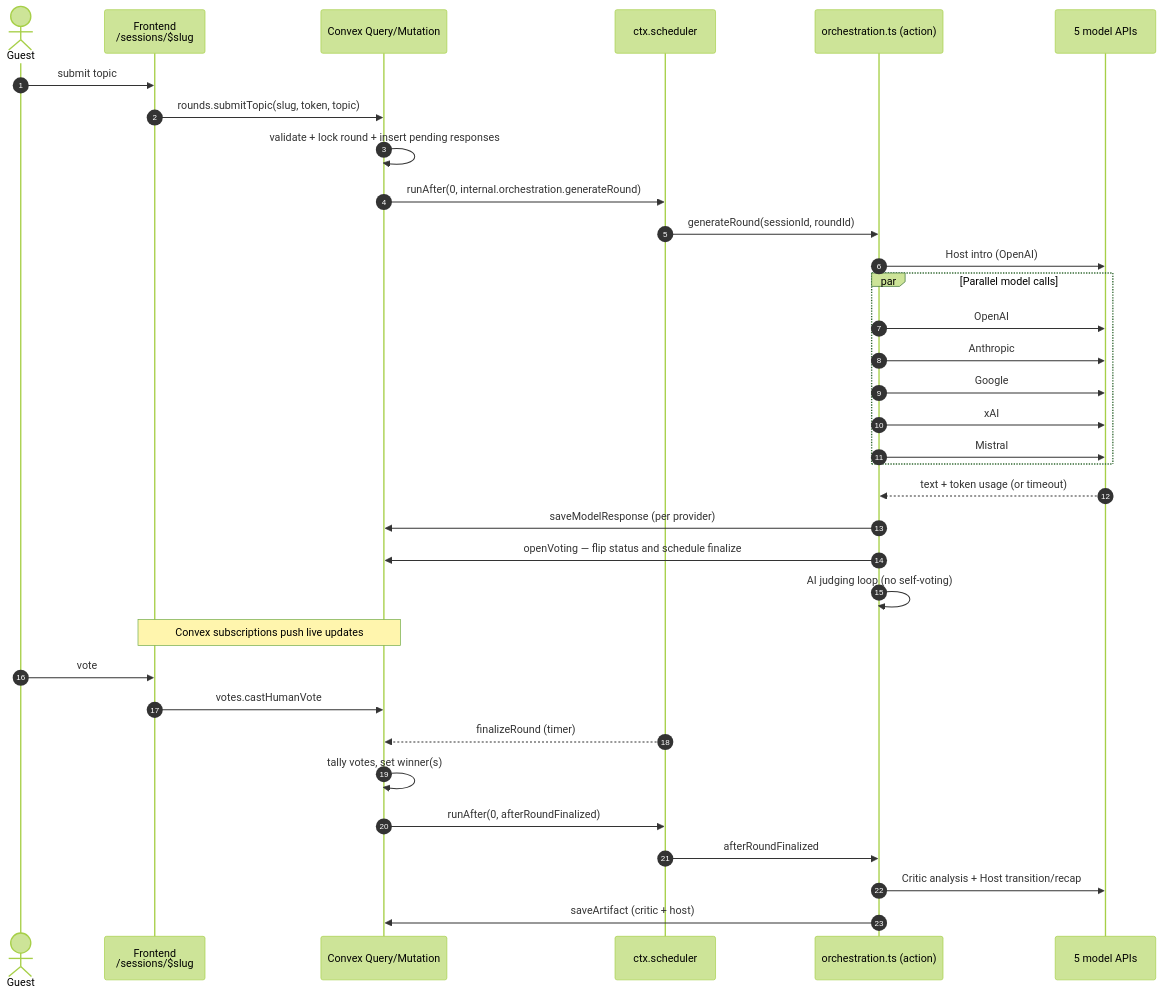
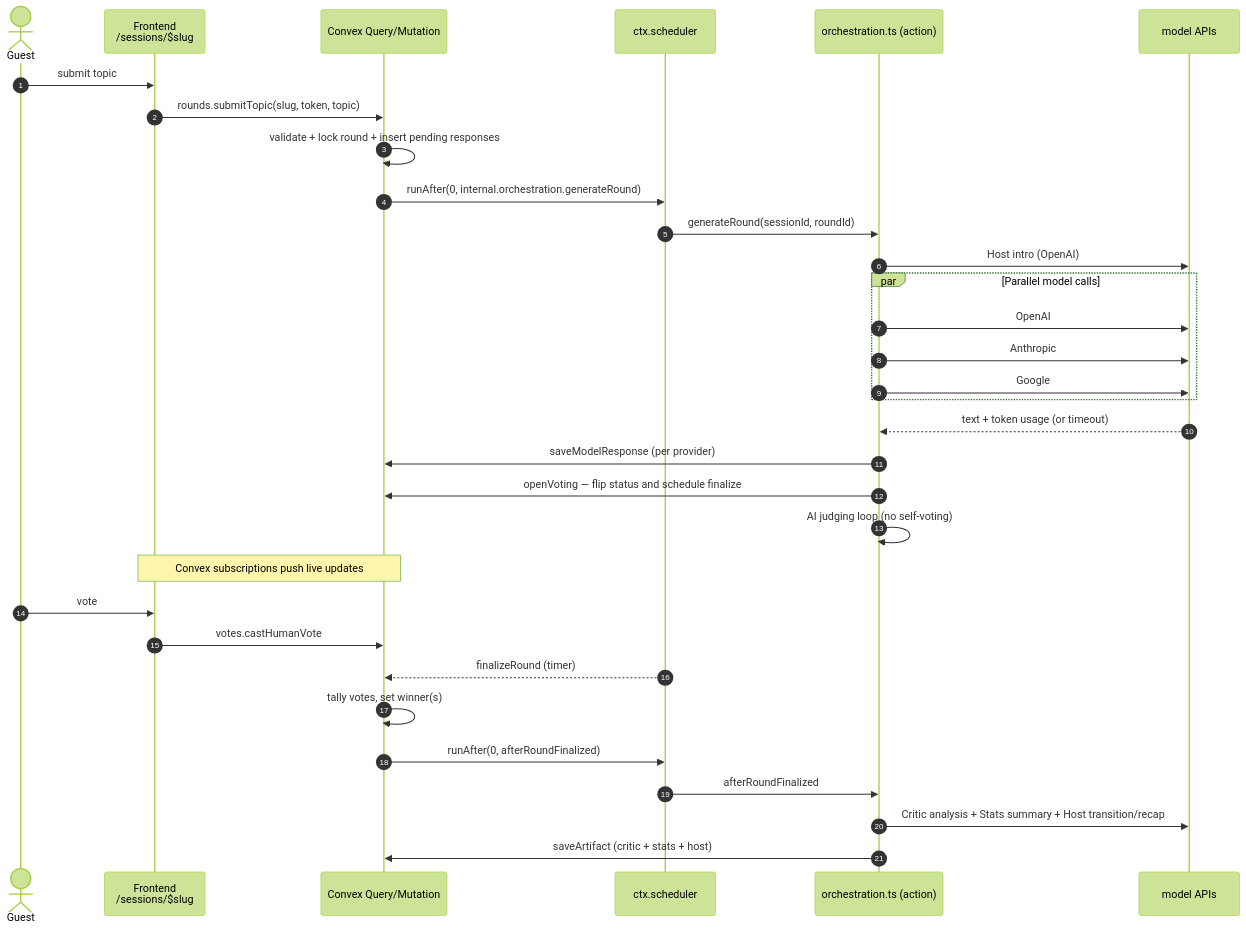
One commit to Radu028/ai-arena changed the fifth of 7 diagrams in docs/ARCHITECTURE.md. Above: the diagram before and after it, drawn with Mermaid (forest theme). The commit also changed other lines of this file and 17 other files, not shown here.

First line of the commit message:
feat: add stats agent and final model roster

````diff
--- a/docs/ARCHITECTURE.md
+++ b/docs/ARCHITECTURE.md
@@ -196,37 +192,35 @@
 ```mermaid
 sequenceDiagram
   autonumber
   actor Guest
   participant UI as Frontend<br/>/sessions/$slug
   participant Convex as Convex Query/Mutation
   participant Scheduler as ctx.scheduler
   participant Orchestrate as orchestration.ts (action)
-  participant Providers as 5 model APIs
+  participant Providers as model APIs
 
   Guest->>UI: submit topic
   UI->>Convex: rounds.submitTopic(slug, token, topic)
   Convex->>Convex: validate + lock round + insert pending responses
   Convex->>Scheduler: runAfter(0, internal.orchestration.generateRound)
   Scheduler->>Orchestrate: generateRound(sessionId, roundId)
   Orchestrate->>Providers: Host intro (OpenAI)
   par Parallel model calls
     Orchestrate->>Providers: OpenAI
     Orchestrate->>Providers: Anthropic
     Orchestrate->>Providers: Google
-    Orchestrate->>Providers: xAI
-    Orchestrate->>Providers: Mistral
   end
   Providers-->>Orchestrate: text + token usage (or timeout)
   Orchestrate->>Convex: saveModelResponse (per provider)
   Orchestrate->>Convex: openVoting — flip status and schedule finalize
   Orchestrate->>Orchestrate: AI judging loop (no self-voting)
   Note over UI,Convex: Convex subscriptions push live updates
   Guest->>UI: vote
   UI->>Convex: votes.castHumanVote
   Scheduler-->>Convex: finalizeRound (timer)
   Convex->>Convex: tally votes, set winner(s)
   Convex->>Scheduler: runAfter(0, afterRoundFinalized)
   Scheduler->>Orchestrate: afterRoundFinalized
-  Orchestrate->>Providers: Critic analysis + Host transition/recap
-  Orchestrate->>Convex: saveArtifact (critic + host)
+  Orchestrate->>Providers: Critic analysis + Stats summary + Host transition/recap
+  Orchestrate->>Convex: saveArtifact (critic + stats + host)
 ```
````
